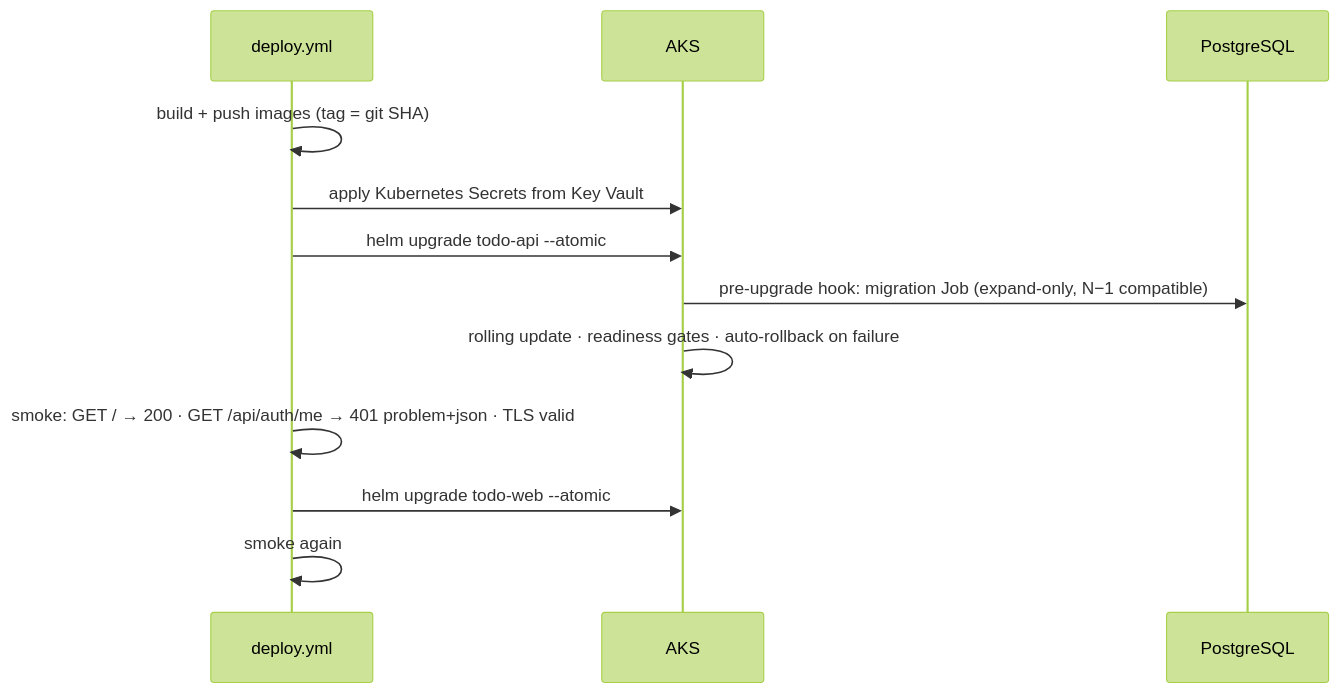
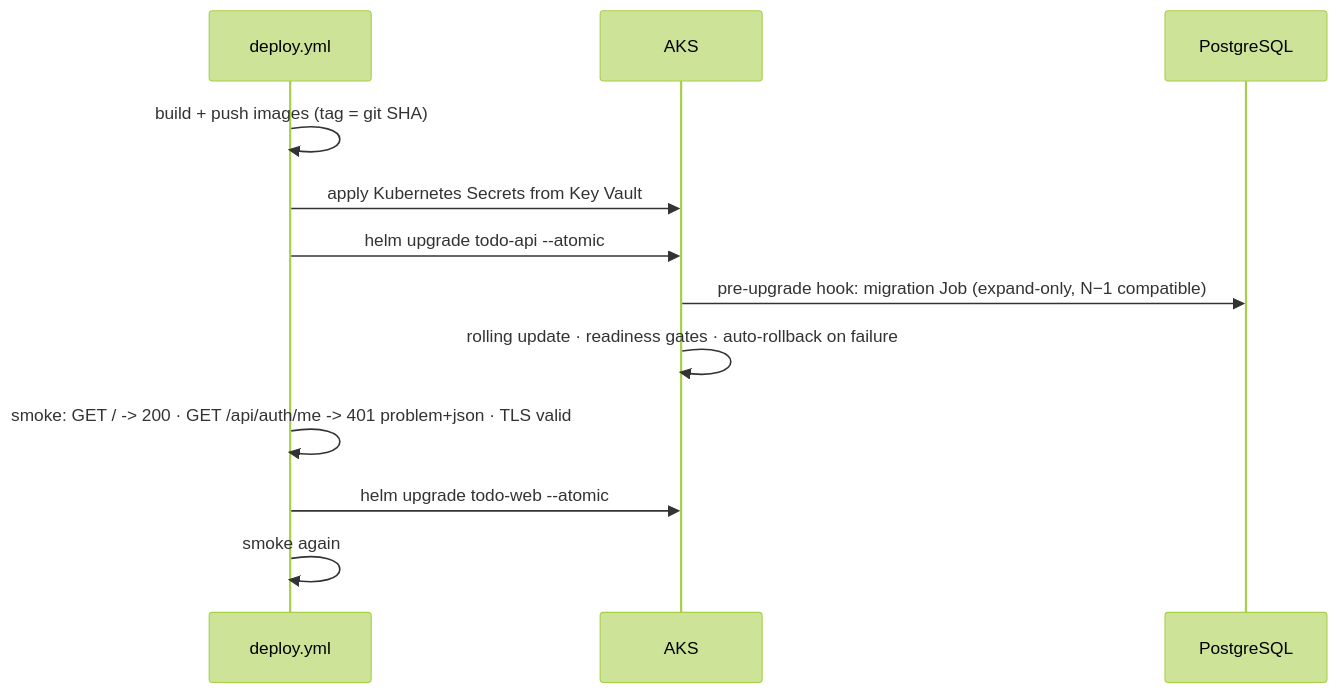
The eighth of 8 diagrams in docs/architecture.md (ring9834/MyTodos), drawn with Mermaid (forest theme) before and after one commit. The commit also changed other lines of this file and 19 other files, not shown here.

````diff
--- a/docs/architecture.md
+++ b/docs/architecture.md
@@ -313,14 +313,14 @@
 ```mermaid
 sequenceDiagram
     participant G as deploy.yml
     participant K as AKS
     participant D as PostgreSQL
     G->>G: build + push images (tag = git SHA)
     G->>K: apply Kubernetes Secrets from Key Vault
     G->>K: helm upgrade todo-api --atomic
     K->>D: pre-upgrade hook: migration Job (expand-only, N−1 compatible)
     K->>K: rolling update · readiness gates · auto-rollback on failure
-    G->>G: smoke: GET / → 200 · GET /api/auth/me → 401 problem+json · TLS valid
+    G->>G: smoke: GET / -> 200 · GET /api/auth/me -> 401 problem+json · TLS valid
     G->>K: helm upgrade todo-web --atomic
     G->>G: smoke again
 ```
````
